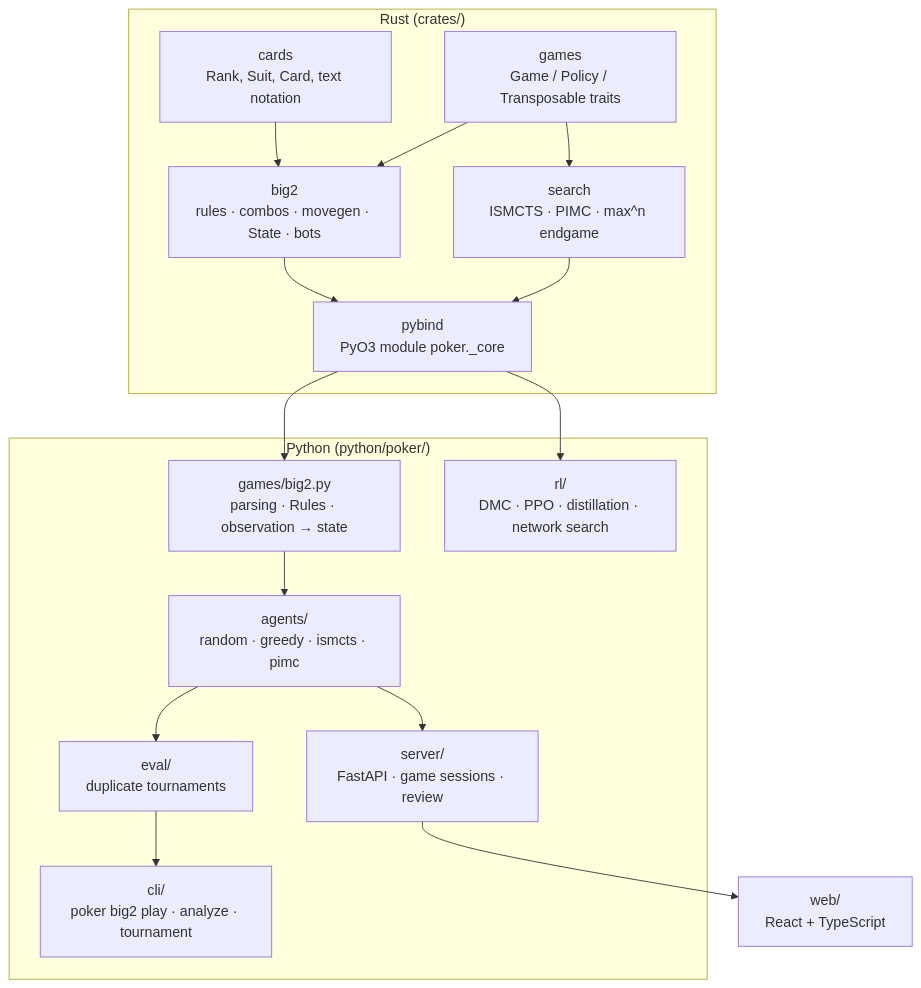
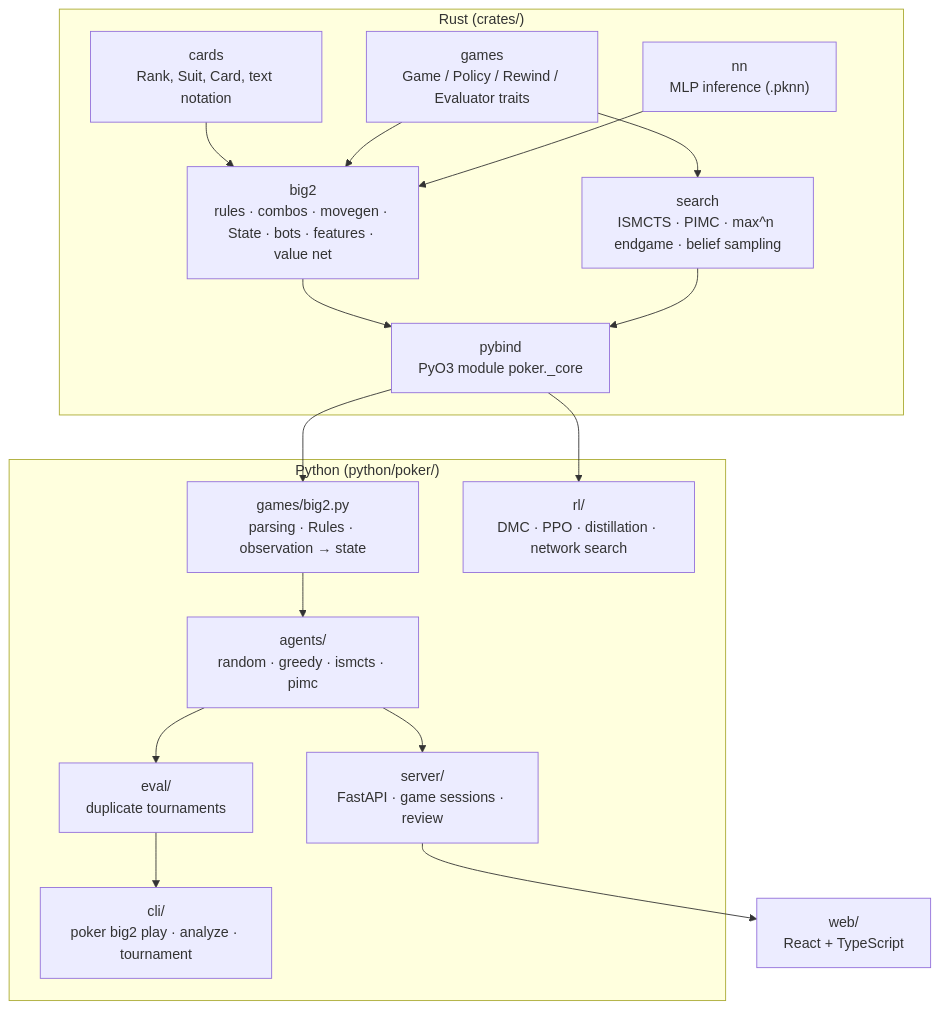
One commit to bpy13/big2 changed the diagram in docs/architecture.md. Above: the diagram before and after it, drawn with Mermaid. The commit also changed other lines of this file and 3 other files, not shown here.

First line of the commit message:
Vectorize the value network's dot product; document search extensions

````diff
--- a/docs/architecture.md
+++ b/docs/architecture.md
@@ -3,27 +3,29 @@
 ```mermaid
 flowchart TB
     subgraph rust["Rust (crates/)"]
         cards["cards<br/>Rank, Suit, Card, text notation"]
-        games["games<br/>Game / Policy / Transposable traits"]
-        big2["big2<br/>rules · combos · movegen · State · bots"]
-        search["search<br/>ISMCTS · PIMC · max^n endgame"]
+        games["games<br/>Game / Policy / Rewind / Evaluator traits"]
+        nn["nn<br/>MLP inference (.pknn)"]
+        big2["big2<br/>rules · combos · movegen · State · bots · features · value net"]
+        search["search<br/>ISMCTS · PIMC · max^n endgame · belief sampling"]
         pybind["pybind<br/>PyO3 module poker._core"]
         cards --> big2
         games --> big2
+        nn --> big2
         games --> search
         big2 --> pybind
         search --> pybind
     end
     subgraph py["Python (python/poker/)"]
         helpers["games/big2.py<br/>parsing · Rules · observation → state"]
         agents["agents/<br/>random · greedy · ismcts · pimc"]
         evalm["eval/<br/>duplicate tournaments"]
         cli["cli/<br/>poker big2 play · analyze · tournament"]
         server["server/<br/>FastAPI · game sessions · review"]
         rl["rl/<br/>DMC · PPO · distillation · network search"]
     end
     web["web/<br/>React + TypeScript"]
     pybind --> helpers --> agents --> evalm --> cli
     agents --> server --> web
     pybind --> rl
 ```
````
